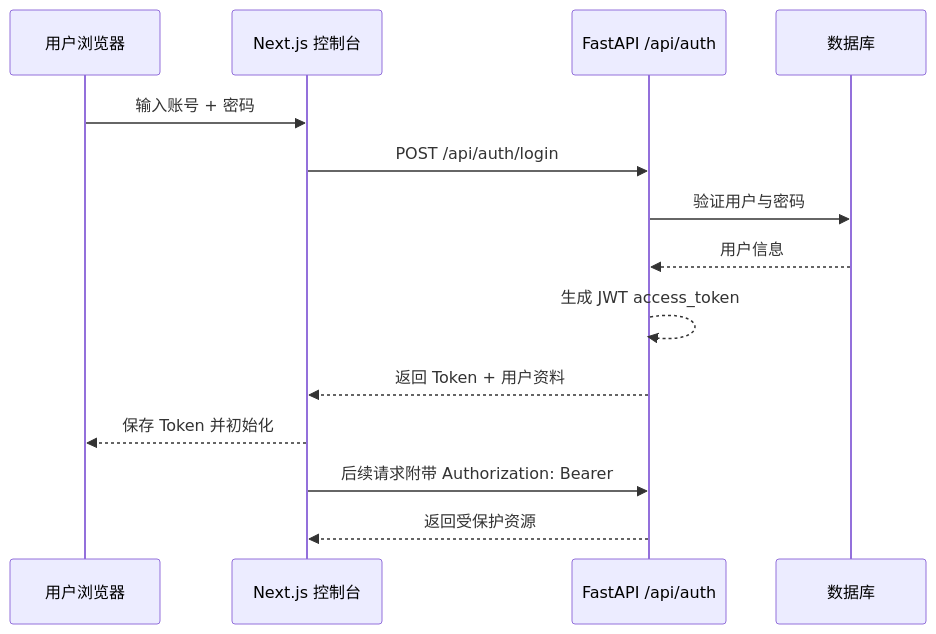
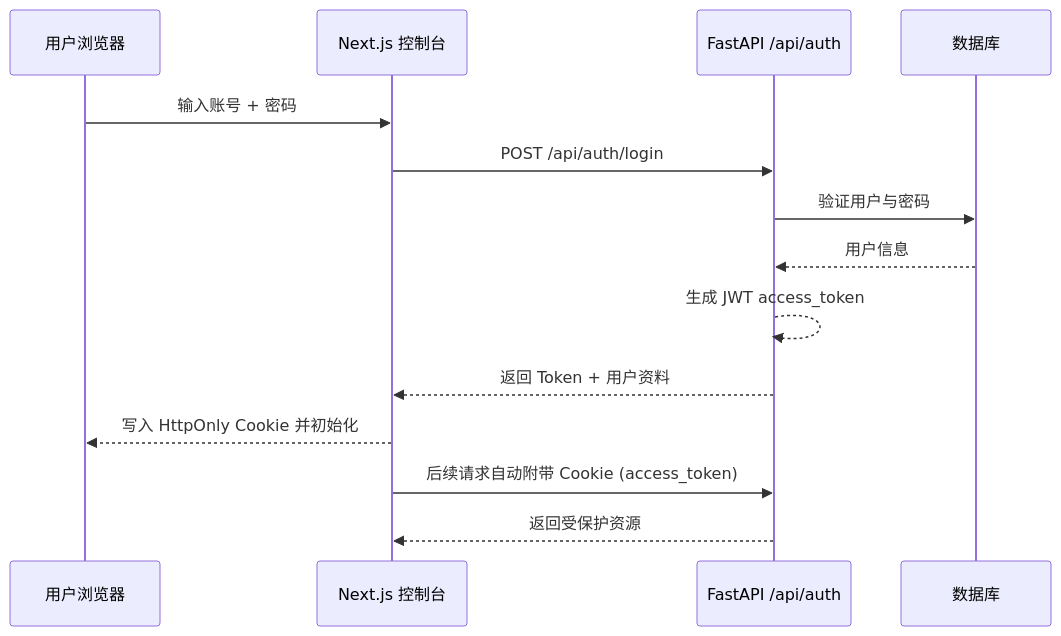
Before and after one commit to pscly/allyend: the second of 5 diagrams in README.md, drawn with Mermaid. The commit also changed other lines of this file and 37 other files, not shown here.

````diff
--- a/README.md
+++ b/README.md
@@ -113,17 +114,17 @@
 ```mermaid
 sequenceDiagram
     participant U as 用户浏览器
     participant FE as Next.js 控制台
     participant BE as FastAPI /api/auth
     participant DB as 数据库
 
     U->>FE: 输入账号 + 密码
     FE->>BE: POST /api/auth/login
     BE->>DB: 验证用户与密码
     DB-->>BE: 用户信息
     BE-->>BE: 生成 JWT access_token
     BE-->>FE: 返回 Token + 用户资料
-    FE-->>U: 保存 Token 并初始化
-    FE->>BE: 后续请求附带 Authorization: Bearer
+    FE-->>U: 写入 HttpOnly Cookie 并初始化
+    FE->>BE: 后续请求自动附带 Cookie (access_token)
     BE-->>FE: 返回受保护资源
 ```
````
